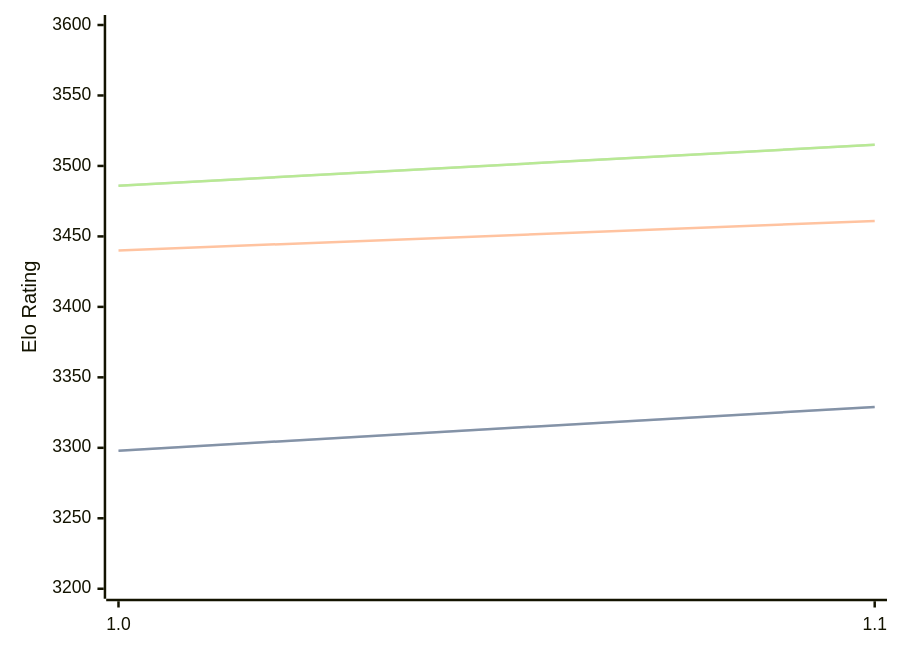
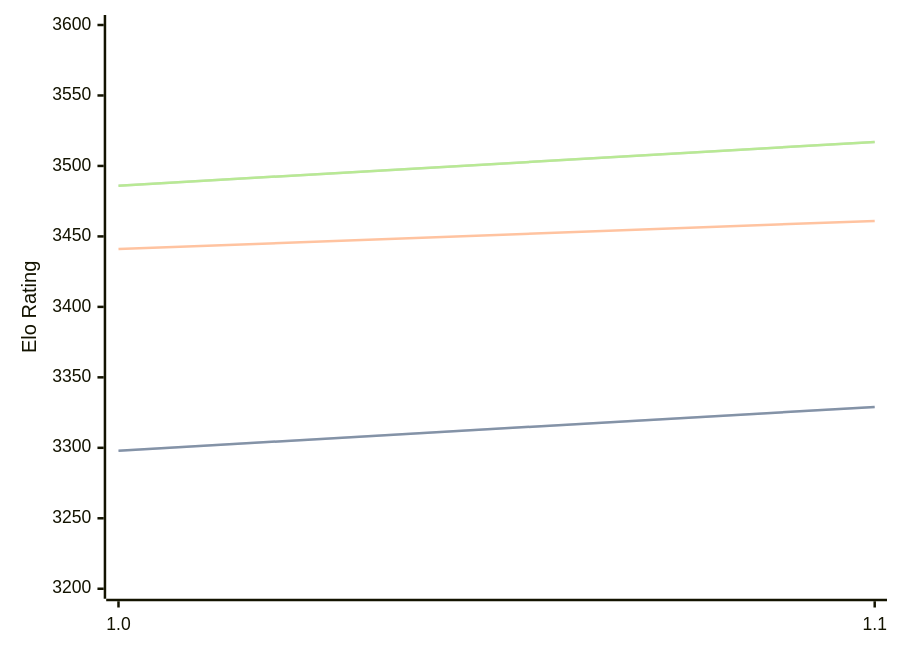
The third of 3 diagrams in engines/Icarus.md (computer-chess-index/cci), drawn with Mermaid before and after one commit. The commit also changed other lines of this file, not shown here.

Commit message:
Update CCI Ratings (ELO VLTC) - 2026-06-16

````diff
--- a/engines/Icarus.md
+++ b/engines/Icarus.md
@@ -65,11 +65,11 @@
 ```mermaid
 %%{init: {"theme":"base","themeVariables":{"seriesColors:['#a3a3a3','#222221','#faa371']}}}%%
 xychart-beta
   x-axis ["1.0", "1.1"]
   y-axis "Elo Rating" 3200 --> 3600
   line "STC (8.0+0.08s)" [3298, 3329]
   line "STC (8.0+0.08s)" [3298, 3329]
-  line "LTC (60.0+0.60s)" [3440, 3461]
-  line "VLTC (2m24s+1.12s)" [3486, 3515]
-  line "VLTC (2m24s+1.12s)" [3486, 3515]
+  line "LTC (60.0+0.60s)" [3441, 3461]
+  line "VLTC (2m24s+1.12s)" [3486, 3517]
+  line "VLTC (2m24s+1.12s)" [3486, 3517]
 ```
````
